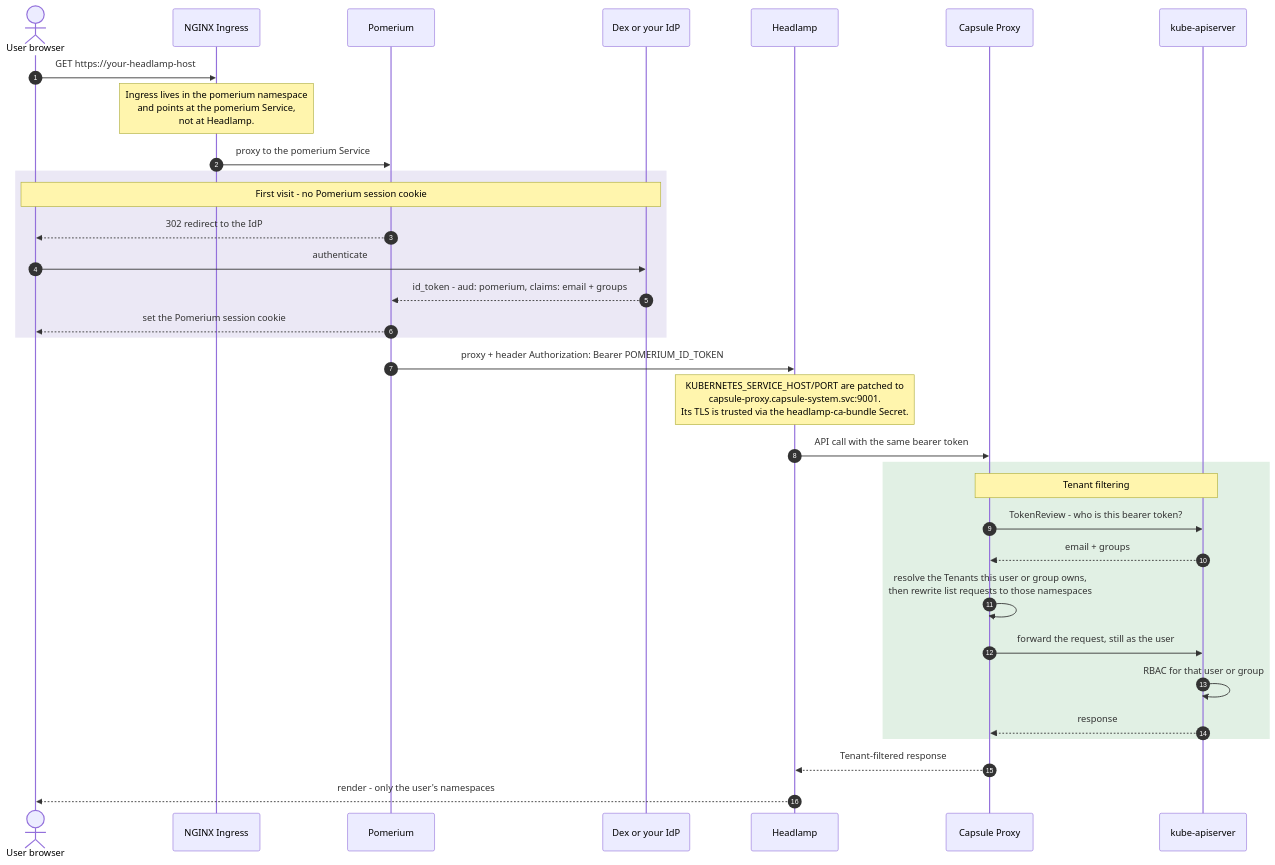
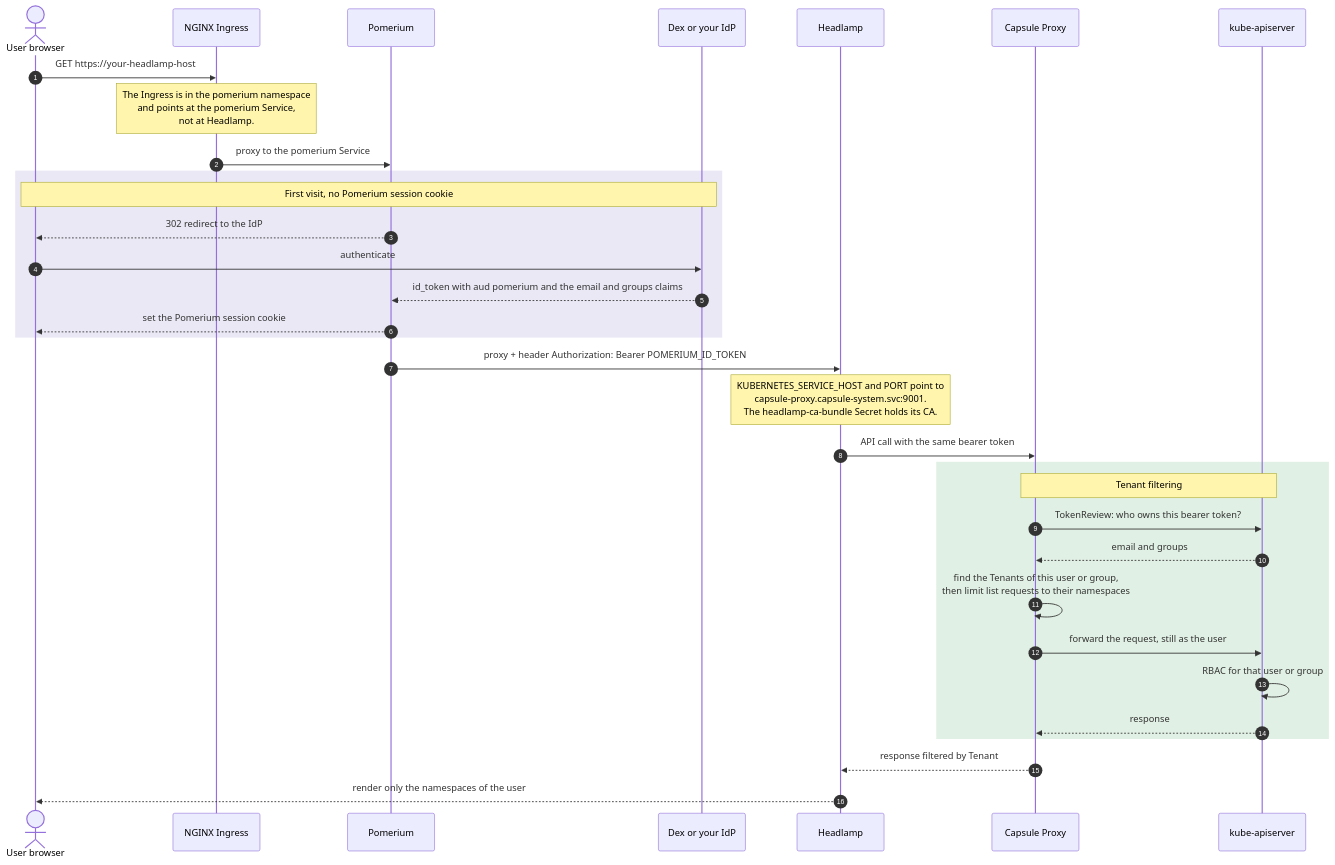
One commit to sighupio/module-utilities changed the first of 2 diagrams in examples/oidc-capsule/README.md. Above: the diagram before and after it, drawn with Mermaid. The commit also changed other lines of this file and 26 other files, not shown here.

````diff
--- a/examples/oidc-capsule/README.md
+++ b/examples/oidc-capsule/README.md
@@ -27,40 +42,40 @@
 ```mermaid
 sequenceDiagram
     autonumber
     actor U as User browser
     participant I as NGINX Ingress
     participant P as Pomerium
     participant D as Dex or your IdP
     participant H as Headlamp
     participant C as Capsule Proxy
     participant A as kube-apiserver
 
     U->>I: GET https://your-headlamp-host
-    Note over I: Ingress lives in the pomerium namespace<br/>and points at the pomerium Service,<br/>not at Headlamp.
+    Note over I: The Ingress is in the pomerium namespace<br/>and points at the pomerium Service,<br/>not at Headlamp.
     I->>P: proxy to the pomerium Service
 
     rect rgb(235, 232, 245)
-        Note over U,D: First visit - no Pomerium session cookie
+        Note over U,D: First visit, no Pomerium session cookie
         P-->>U: 302 redirect to the IdP
         U->>D: authenticate
-        D-->>P: id_token - aud: pomerium, claims: email + groups
+        D-->>P: id_token with aud pomerium and the email and groups claims
         P-->>U: set the Pomerium session cookie
     end
 
     P->>H: proxy + header Authorization: Bearer POMERIUM_ID_TOKEN
-    Note over H: KUBERNETES_SERVICE_HOST/PORT are patched to<br/>capsule-proxy.capsule-system.svc:9001.<br/>Its TLS is trusted via the headlamp-ca-bundle Secret.
+    Note over H: KUBERNETES_SERVICE_HOST and PORT point to<br/>capsule-proxy.capsule-system.svc:9001.<br/>The headlamp-ca-bundle Secret holds its CA.
     H->>C: API call with the same bearer token
 
     rect rgb(225, 240, 228)
         Note over C,A: Tenant filtering
-        C->>A: TokenReview - who is this bearer token?
-        A-->>C: email + groups
-        C->>C: resolve the Tenants this user or group owns,<br/>then rewrite list requests to those namespaces
+        C->>A: TokenReview: who owns this bearer token?
+        A-->>C: email and groups
+        C->>C: find the Tenants of this user or group,<br/>then limit list requests to their namespaces
         C->>A: forward the request, still as the user
         A->>A: RBAC for that user or group
         A-->>C: response
     end
 
-    C-->>H: Tenant-filtered response
-    H-->>U: render - only the user's namespaces
+    C-->>H: response filtered by Tenant
+    H-->>U: render only the namespaces of the user
 ```
````
